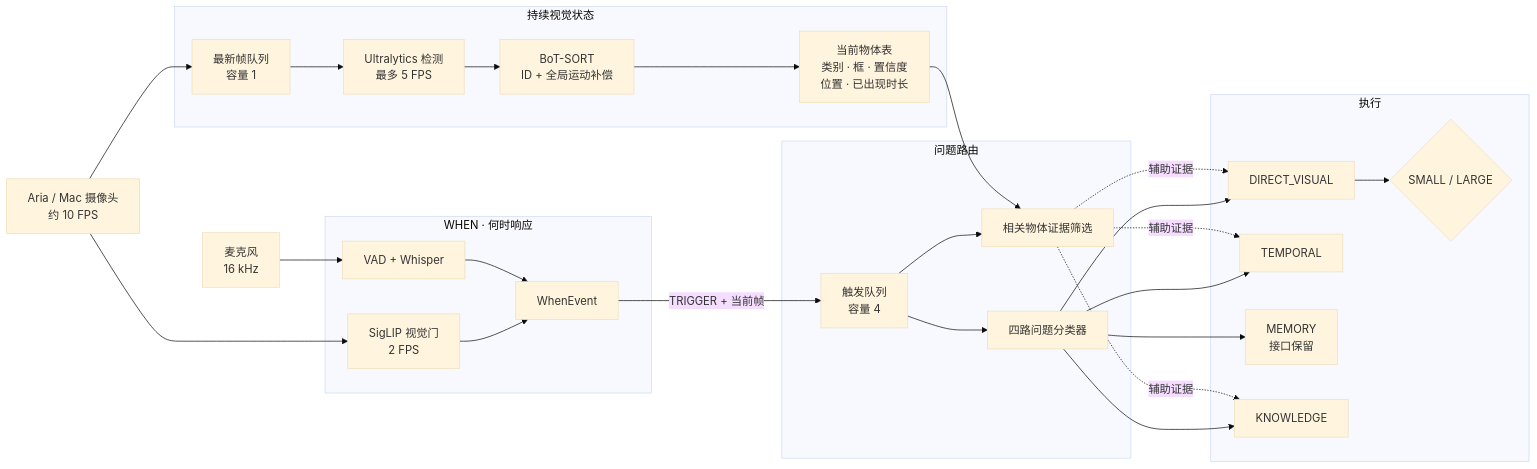
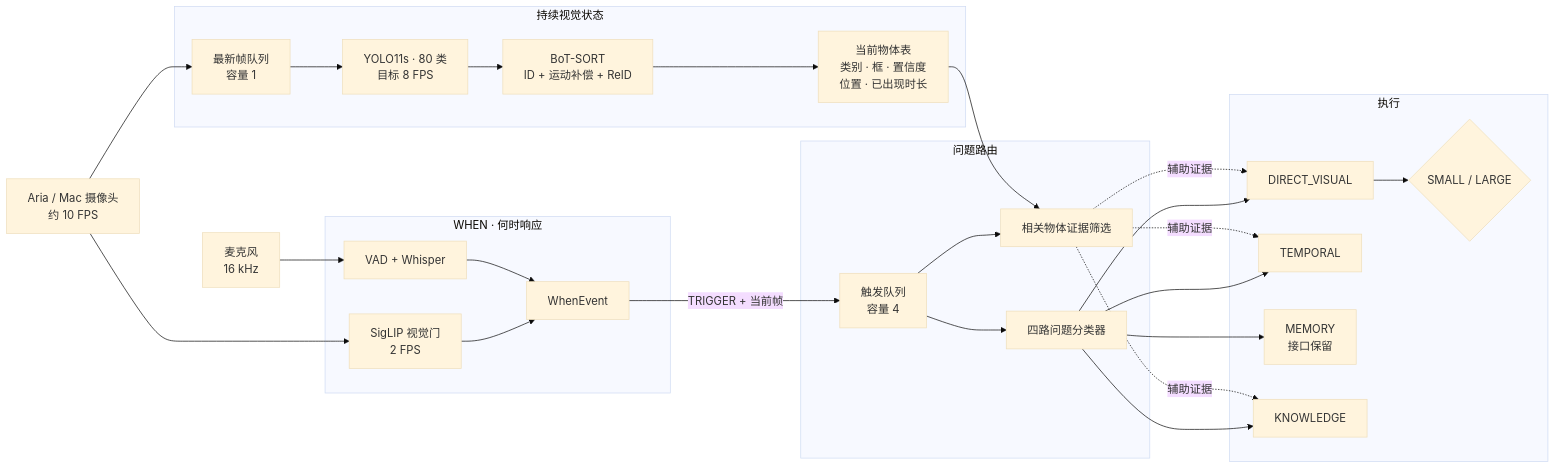
The first of 3 diagrams in when/ARCHITECTURE.md (yuzhench/smart_ai_glasses), drawn with Mermaid (base theme) before and after one commit. The commit also changed other lines of this file and 6 other files, not shown here.

````diff
--- a/when/ARCHITECTURE.md
+++ b/when/ARCHITECTURE.md
@@ -5,50 +5,50 @@
 ```mermaid
 flowchart LR
     CAM[Aria / Mac 摄像头<br/>约 10 FPS]
     MIC[麦克风<br/>16 kHz]
 
     subgraph WHEN[WHEN · 何时响应]
         GATE[SigLIP 视觉门<br/>2 FPS]
         ASR[VAD + Whisper]
         EVENT[WhenEvent]
         GATE --> EVENT
         ASR --> EVENT
     end
 
     subgraph PERCEPTION[持续视觉状态]
         LATEST[最新帧队列<br/>容量 1]
-        YOLO[Ultralytics 检测<br/>最多 5 FPS]
-        BOTSORT[BoT-SORT<br/>ID + 全局运动补偿]
+        YOLO[YOLO11s · 80 类<br/>目标 8 FPS]
+        BOTSORT[BoT-SORT<br/>ID + 运动补偿 + ReID]
         STORE[当前物体表<br/>类别 · 框 · 置信度<br/>位置 · 已出现时长]
         LATEST --> YOLO --> BOTSORT --> STORE
     end
 
     subgraph ROUTING[问题路由]
         Q[触发队列<br/>容量 4]
         TYPE[四路问题分类器]
         PLAN[相关物体证据筛选]
     end
 
     subgraph EXEC[执行]
         DIRECT[DIRECT_VISUAL]
         TEMP[TEMPORAL]
         MEMORY[MEMORY<br/>接口保留]
         KNOW[KNOWLEDGE]
         DIRECT --> CHOOSE{SMALL / LARGE}
     end
 
     CAM --> GATE
     CAM --> LATEST
     MIC --> ASR
     EVENT -->|TRIGGER + 当前帧| Q
     Q --> TYPE
     Q --> PLAN
     STORE --> PLAN
     TYPE --> DIRECT
     TYPE --> TEMP
     TYPE --> MEMORY
     TYPE --> KNOW
     PLAN -.辅助证据.-> DIRECT
     PLAN -.辅助证据.-> TEMP
     PLAN -.辅助证据.-> KNOW
 ```
````
